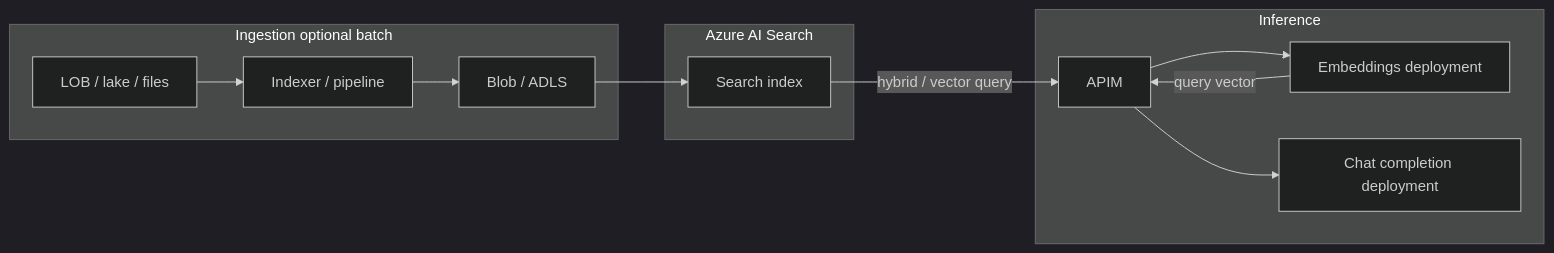
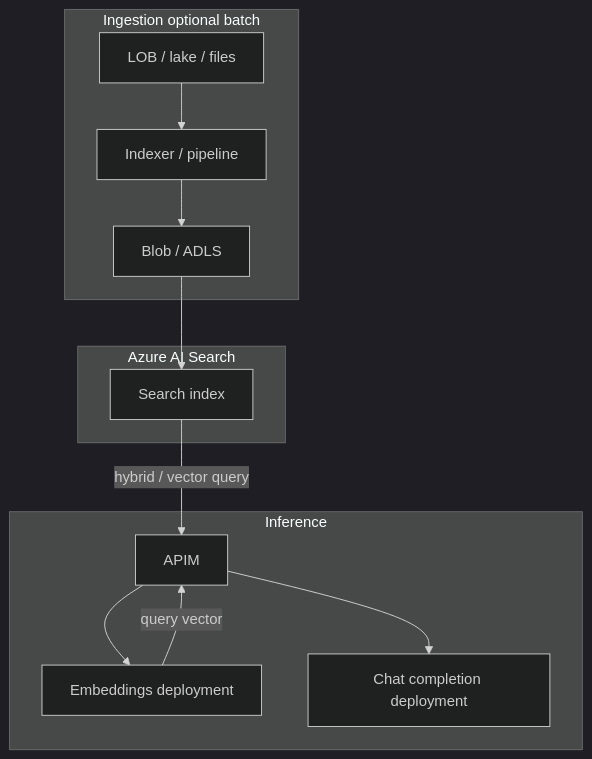
One commit to SwamysArchitectJourney-2026/system-design-playbook changed the fifth of 7 diagrams in src/99_interview-qna/09_solution-architect-platform-ai-azure/02_core_questions/design-azure-ai-platform-landing-zone/diagram.md. Above: the diagram before and after it, drawn with Mermaid (dark theme). The commit also changed other lines of this file and 6 other files, not shown here.

Commit message:
Update interview resources for Platform AI Solution Architect roles: revise repository structure, add senior AI platform architect interviewer guide, and enhance enterprise RAG platform documentation

````diff
--- a/src/99_interview-qna/09_solution-architect-platform-ai-azure/02_core_questions/design-azure-ai-platform-landing-zone/diagram.md
+++ b/src/99_interview-qna/09_solution-architect-platform-ai-azure/02_core_questions/design-azure-ai-platform-landing-zone/diagram.md
@@ -111,23 +111,23 @@
 ```mermaid
-flowchart LR
+flowchart TD
   subgraph ingest [Ingestion optional batch]
     SRC[LOB / lake / files]
     IDX[Indexer / pipeline]
     STG[Blob / ADLS]
     SRC --> IDX
     IDX --> STG
   end
   subgraph search [Azure AI Search]
     AIS[Search index]
     STG --> AIS
   end
   subgraph infer [Inference]
     APIM[APIM]
     EMB[Embeddings deployment]
     LLM[Chat completion deployment]
     APIM --> EMB
     APIM --> LLM
   end
   AIS -->|hybrid / vector query| APIM
   EMB -->|query vector| APIM
 ```
````
